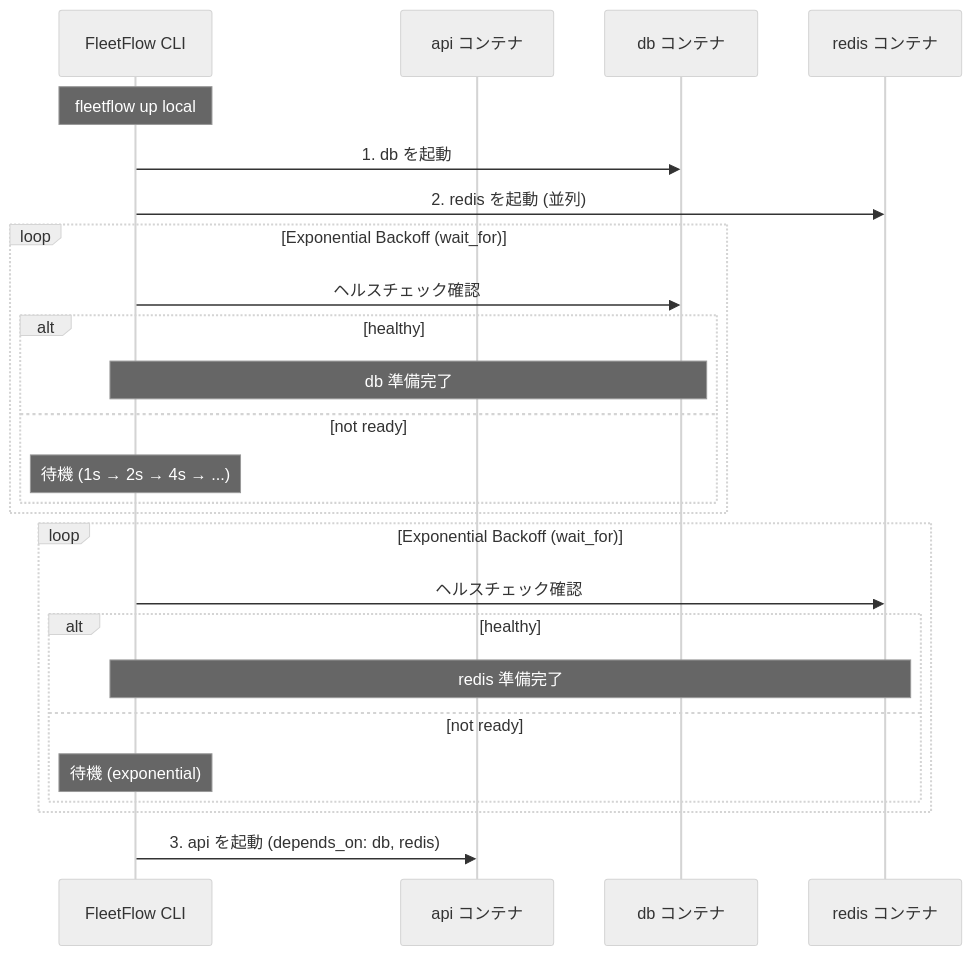
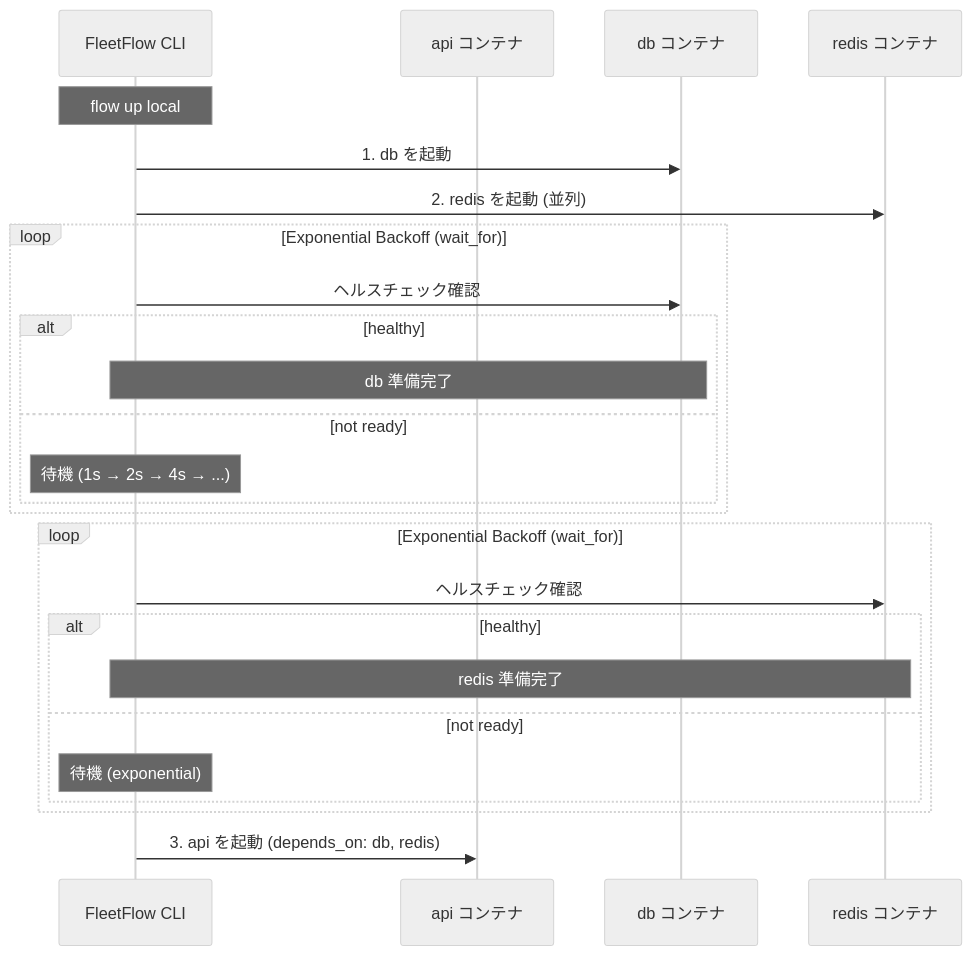
One commit to chronista-club/fleetflow changed the fifth of 10 diagrams in guides/04-kdl-structure-visual.md. Above: the diagram before and after it, drawn with Mermaid (neutral theme). The commit also changed 34 other files, not shown here.

First line of the commit message:
docs: CLI名称を flow に統一

````diff
--- a/guides/04-kdl-structure-visual.md
+++ b/guides/04-kdl-structure-visual.md
@@ -167,32 +167,32 @@
 ```mermaid
 sequenceDiagram
     participant CLI as FleetFlow CLI
     participant API as api コンテナ
     participant DB as db コンテナ
     participant REDIS as redis コンテナ
 
-    Note over CLI: fleetflow up local
+    Note over CLI: flow up local
 
     CLI->>DB: 1. db を起動
     CLI->>REDIS: 2. redis を起動 (並列)
 
     loop Exponential Backoff (wait_for)
         CLI->>DB: ヘルスチェック確認
         alt healthy
             Note over CLI,DB: db 準備完了
         else not ready
             Note over CLI: 待機 (1s → 2s → 4s → ...)
         end
     end
 
     loop Exponential Backoff (wait_for)
         CLI->>REDIS: ヘルスチェック確認
         alt healthy
             Note over CLI,REDIS: redis 準備完了
         else not ready
             Note over CLI: 待機 (exponential)
         end
     end
 
     CLI->>API: 3. api を起動 (depends_on: db, redis)
 ```
````
